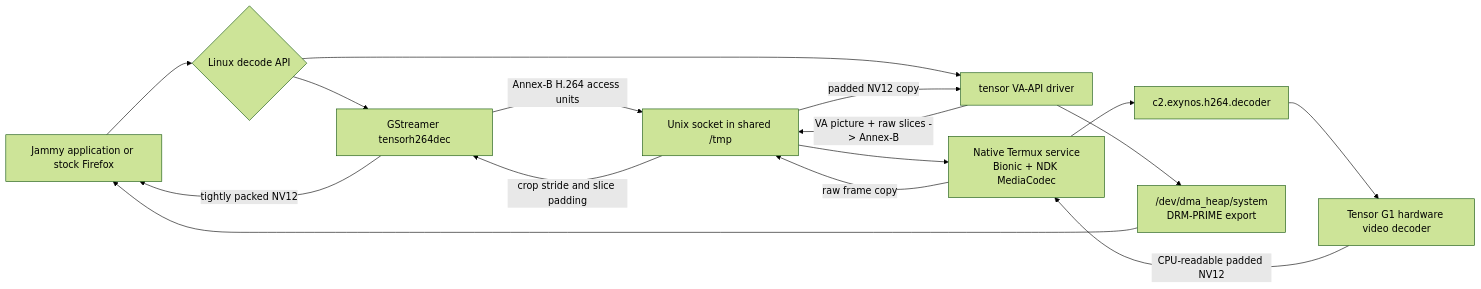
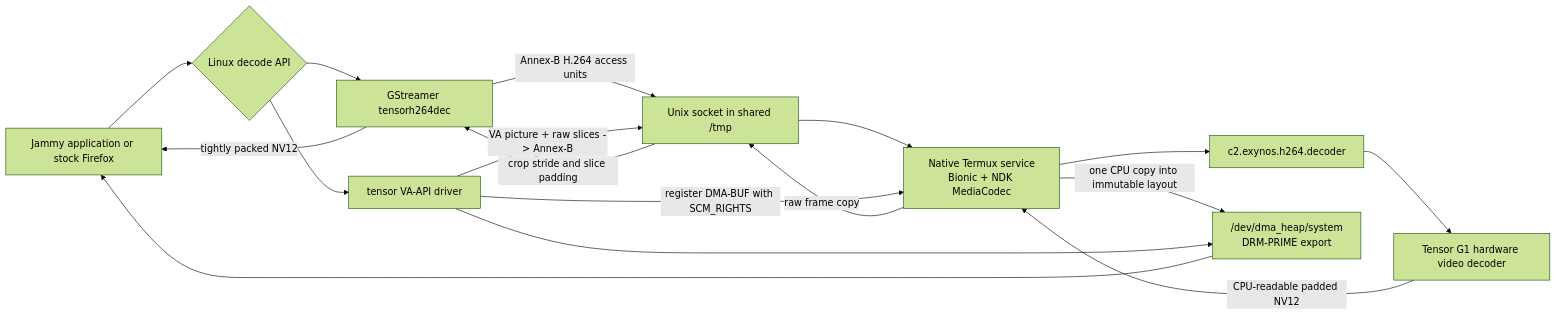
One commit to RandomCoderOrg/mesa-gfxstream changed the diagram in tensor-g1/media-codec/README.md. Above: the diagram before and after it, drawn with Mermaid (forest theme). The commit also changed other lines of this file and 22 other files, not shown here.

````diff
--- a/tensor-g1/media-codec/README.md
+++ b/tensor-g1/media-codec/README.md
@@ -25,18 +26,19 @@
 ```mermaid
 flowchart LR
     APP["Jammy application or stock Firefox"] --> API{"Linux decode API"}
     API --> GST["GStreamer tensorh264dec"]
     API --> VA["tensor VA-API driver"]
     GST -->|"Annex-B H.264 access units"| SOCK["Unix socket in shared /tmp"]
     VA -->|"VA picture + raw slices -> Annex-B"| SOCK
     SOCK --> SVC["Native Termux service\nBionic + NDK MediaCodec"]
     SVC --> C2["c2.exynos.h264.decoder"]
     C2 --> GPU["Tensor G1 hardware video decoder"]
     GPU -->|"CPU-readable padded NV12"| SVC
     SVC -->|"raw frame copy"| SOCK
     SOCK -->|"crop stride and slice padding"| GST
-    SOCK -->|"padded NV12 copy"| VA
-    VA --> HEAP["/dev/dma_heap/system\nDRM-PRIME export"]
+    VA -->|"register DMA-BUF with SCM_RIGHTS"| SVC
+    SVC -->|"one CPU copy into immutable layout"| HEAP["/dev/dma_heap/system\nDRM-PRIME export"]
+    VA --> HEAP
     GST -->|"tightly packed NV12"| APP
     HEAP --> APP
 ```
````
